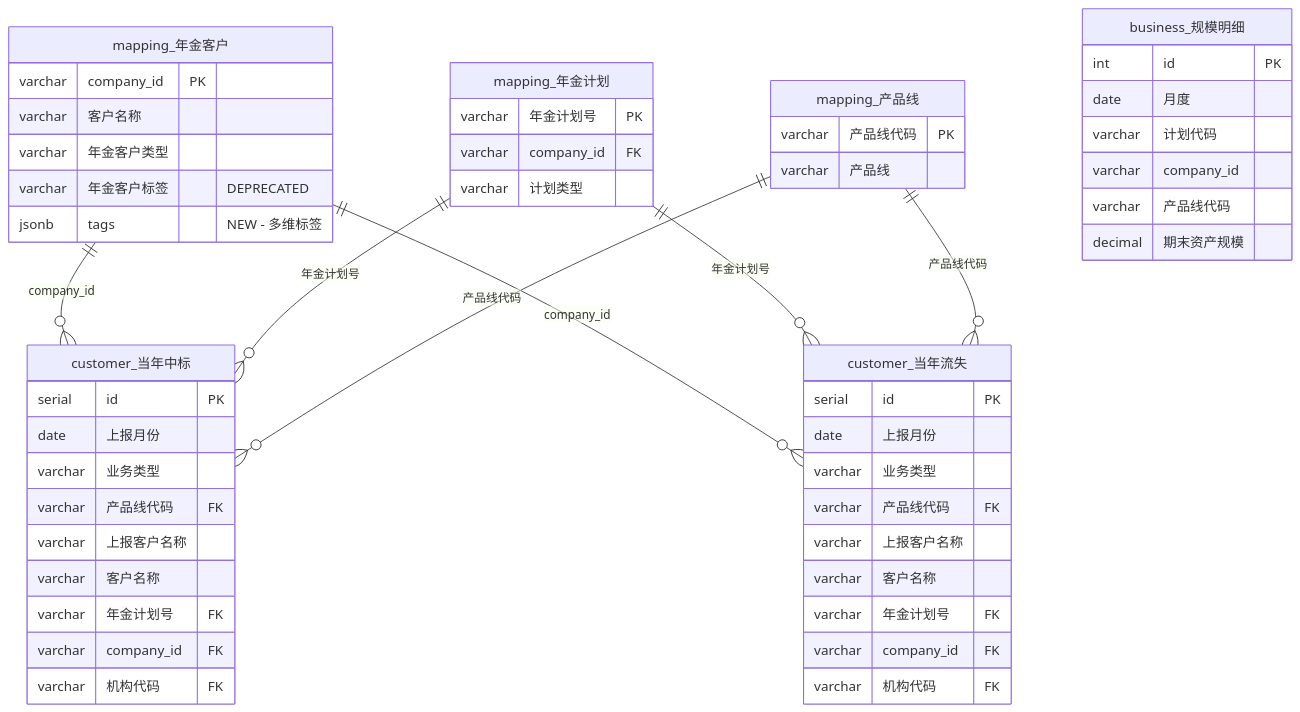
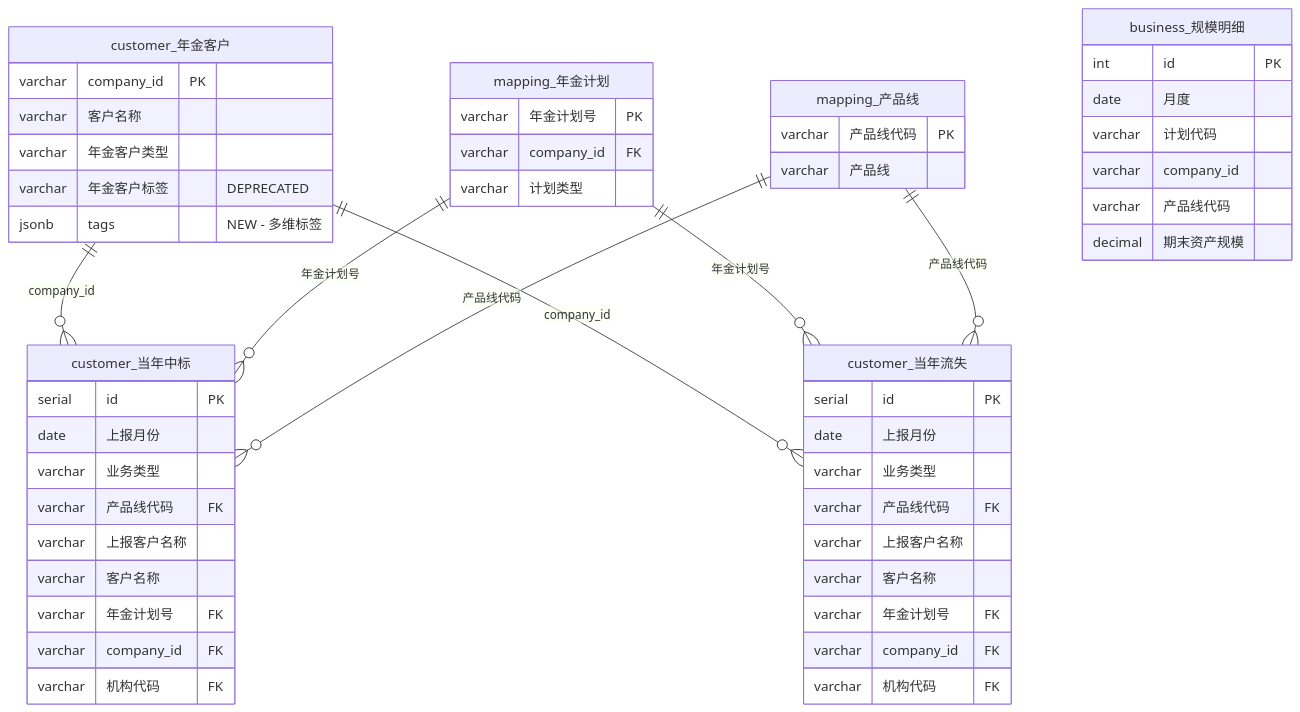
Before and after one commit to LINSUISHENG034/WorkDataHub: the diagram in docs/project-planning-artifacts/sprint-change-proposal-2026-01-10.md, drawn with Mermaid. The commit also changed other lines of this file and 11 other files, not shown here.

First line of the commit message:
refactor(schema): migrate 年金客户 table from mapping to customer schema

````diff
--- a/docs/project-planning-artifacts/sprint-change-proposal-2026-01-10.md
+++ b/docs/project-planning-artifacts/sprint-change-proposal-2026-01-10.md
@@ -447,65 +446,65 @@
 ```mermaid
 erDiagram
     %% 现有表 (Existing Tables)
-    mapping_年金客户 {
+    customer_年金客户 {
         varchar company_id PK
         varchar 客户名称
         varchar 年金客户类型
         varchar 年金客户标签 "DEPRECATED"
         jsonb tags "NEW - 多维标签"
     }
     
     mapping_年金计划 {
         varchar 年金计划号 PK
         varchar company_id FK
         varchar 计划类型
     }
     
     mapping_产品线 {
         varchar 产品线代码 PK
         varchar 产品线
     }
     
     business_规模明细 {
         int id PK
         date 月度
         varchar 计划代码
         varchar company_id
         varchar 产品线代码
         decimal 期末资产规模
     }
     
     %% 新增表 (New Tables) - 已实施
     customer_当年中标 {
         serial id PK
         date 上报月份
         varchar 业务类型
         varchar 产品线代码 FK
         varchar 上报客户名称
         varchar 客户名称
         varchar 年金计划号 FK
         varchar company_id FK
         varchar 机构代码 FK
     }
     
     customer_当年流失 {
         serial id PK
         date 上报月份
         varchar 业务类型
         varchar 产品线代码 FK
         varchar 上报客户名称
         varchar 客户名称
         varchar 年金计划号 FK
         varchar company_id FK
         varchar 机构代码 FK
     }
     
-    %% 关系定义 - 已更新
-    mapping_年金客户 ||--o{ customer_当年中标 : "company_id"
+    %% 关系定义 - 已更新 (年金客户 migrated to customer schema)
+    customer_年金客户 ||--o{ customer_当年中标 : "company_id"
     mapping_年金计划 ||--o{ customer_当年中标 : "年金计划号"
     mapping_产品线 ||--o{ customer_当年中标 : "产品线代码"
     
-    mapping_年金客户 ||--o{ customer_当年流失 : "company_id"
+    customer_年金客户 ||--o{ customer_当年流失 : "company_id"
     mapping_年金计划 ||--o{ customer_当年流失 : "年金计划号"
     mapping_产品线 ||--o{ customer_当年流失 : "产品线代码"
 ```
````
